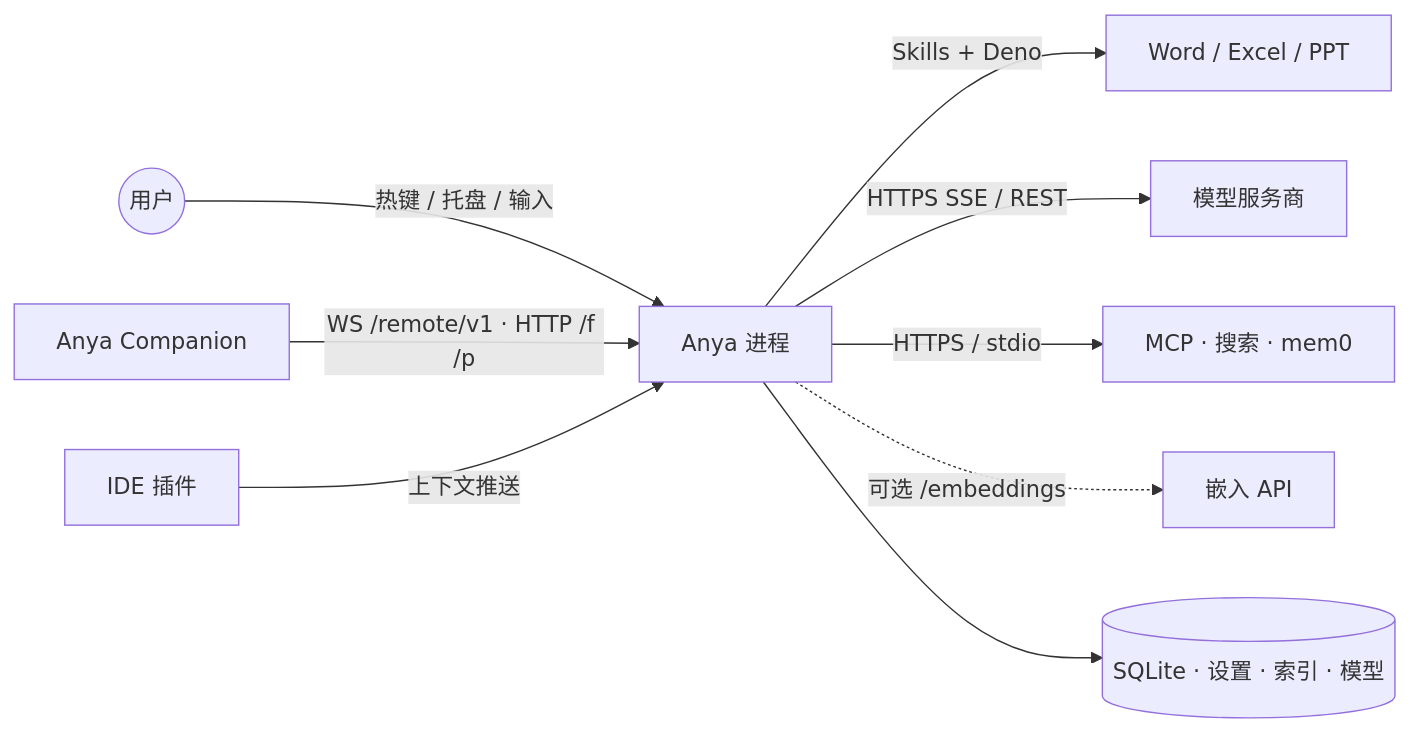
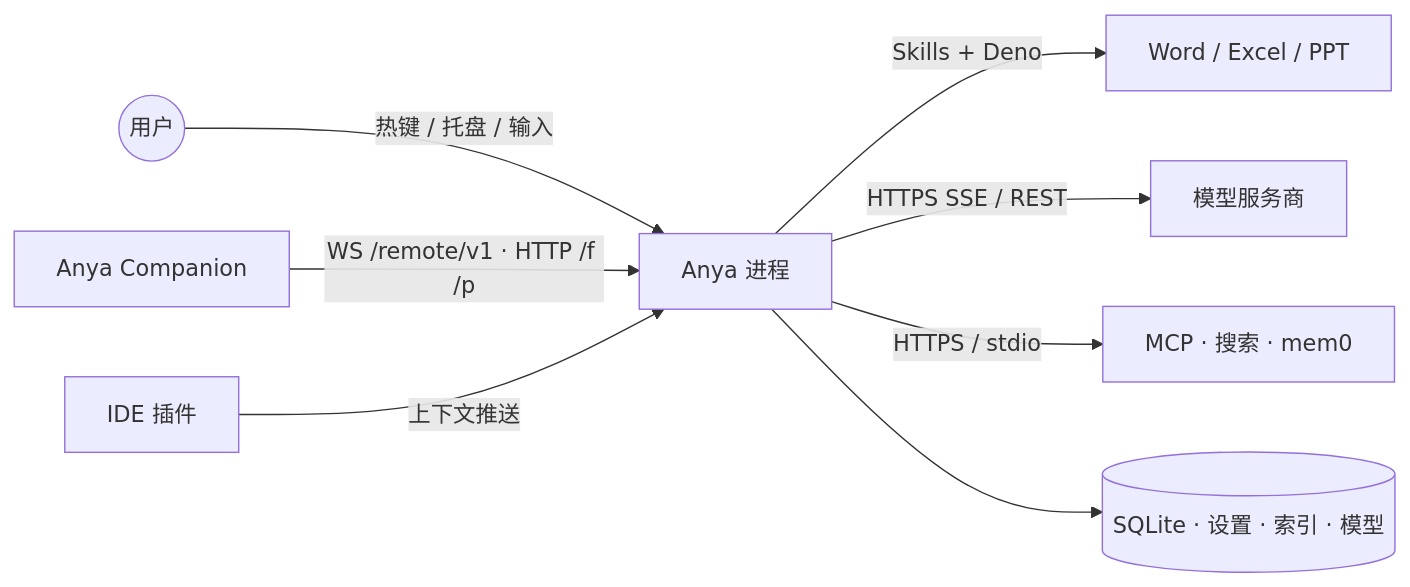
One commit to rururunu/Anya changed the first of 18 diagrams in docs/architecture-overview.zh-CN.md. Above: the diagram before and after it, drawn with Mermaid. The commit also changed other lines of this file and 173 other files, not shown here.

````diff
--- a/docs/architecture-overview.zh-CN.md
+++ b/docs/architecture-overview.zh-CN.md
@@ -47,11 +47,10 @@
 ```mermaid
 flowchart LR
   User((用户)) -->|热键 / 托盘 / 输入| Host[Anya 进程]
   Phone[Anya Companion] -->|WS /remote/v1 · HTTP /f /p| Host
   IDE[IDE 插件] -->|上下文推送| Host
   Host -->|Skills + Deno| Office[Word / Excel / PPT]
   Host -->|HTTPS SSE / REST| LLM[模型服务商]
   Host -->|HTTPS / stdio| Aux[MCP · 搜索 · mem0]
-  Host -.->|可选 /embeddings| Emb[嵌入 API]
   Host --> Disk[(SQLite · 设置 · 索引 · 模型)]
 ```
````
